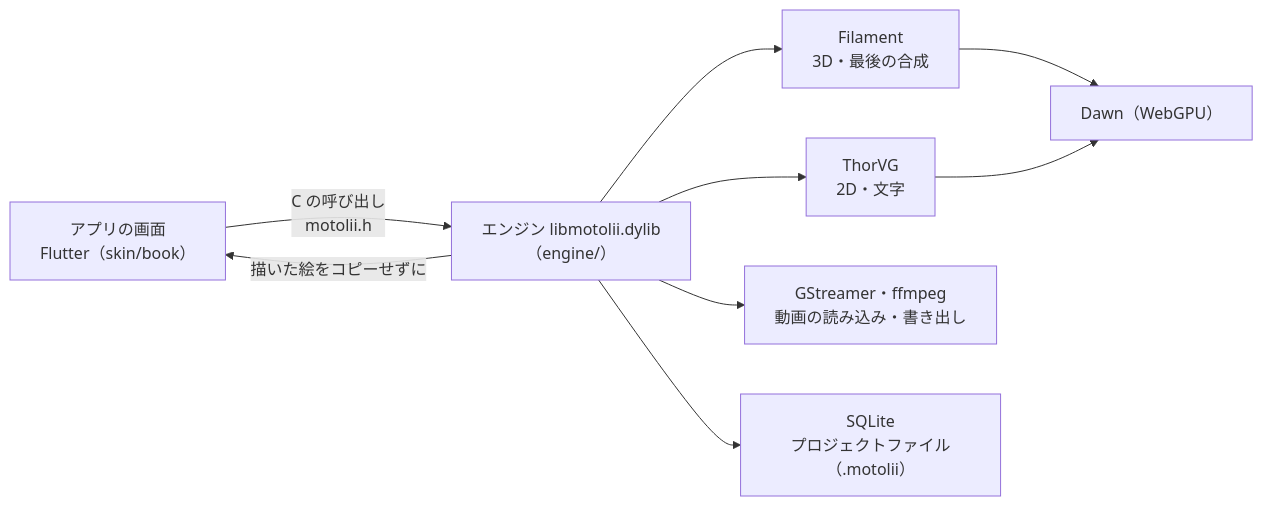
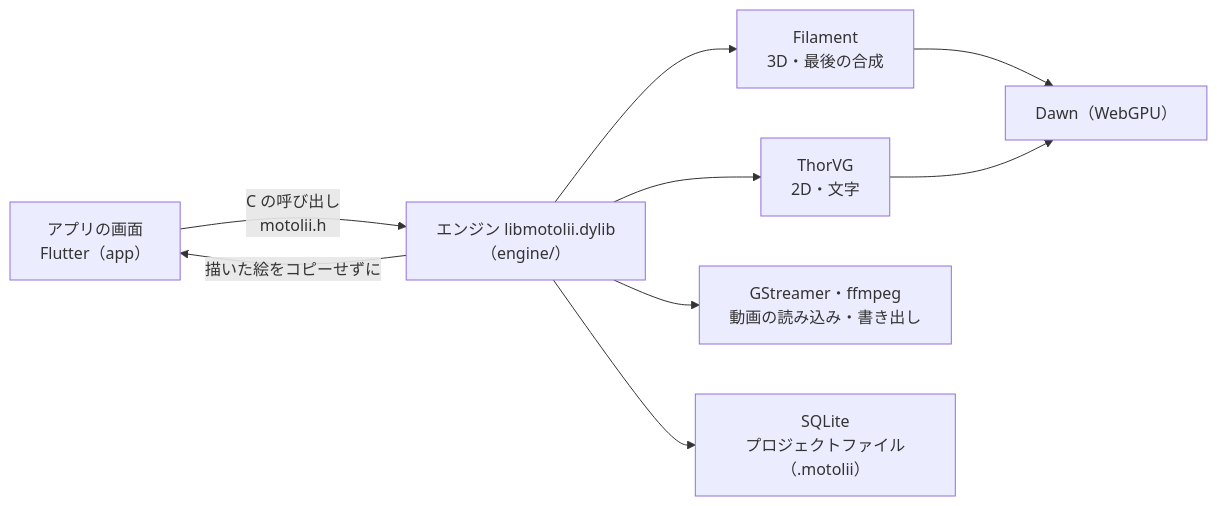
The diagram in README.md (oshikaidesu/motolii), drawn with Mermaid before and after one commit. The commit also changed other lines of this file and 727 other files, not shown here.

````diff
--- a/README.md
+++ b/README.md
@@ -305,11 +305,11 @@
 ```mermaid
 flowchart LR
-  W["アプリの画面<br/>Flutter（skin/book）"] -- "C の呼び出し<br/>motolii.h" --> E["エンジン libmotolii.dylib<br/>（engine/）"]
+  W["アプリの画面<br/>Flutter（app）"] -- "C の呼び出し<br/>motolii.h" --> E["エンジン libmotolii.dylib<br/>（engine/）"]
   E --> F["Filament<br/>3D・最後の合成"]
   E --> T["ThorVG<br/>2D・文字"]
   E --> G["GStreamer・ffmpeg<br/>動画の読み込み・書き出し"]
   E --> S["SQLite<br/>プロジェクトファイル（.motolii）"]
   F --> D["Dawn（WebGPU）"]
   T --> D
   E -- "描いた絵をコピーせずに" --> W
 ```
````
